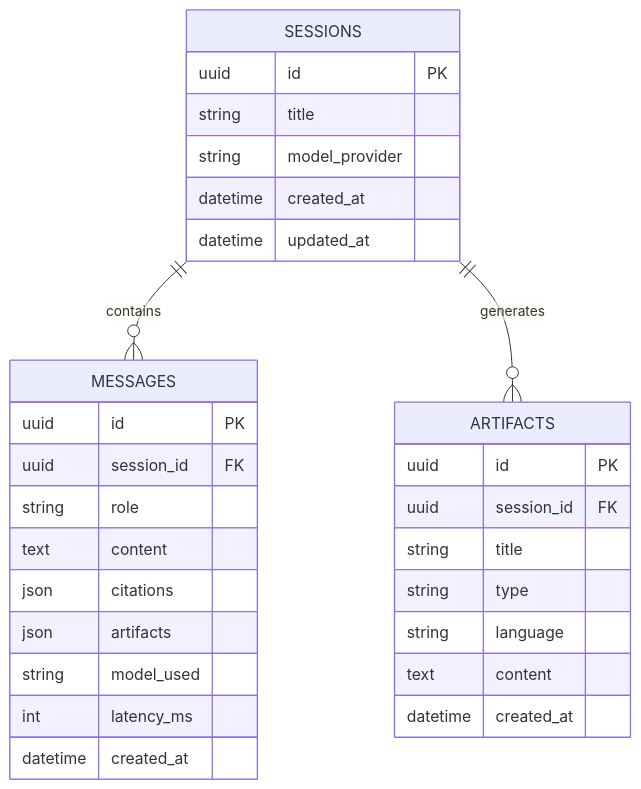
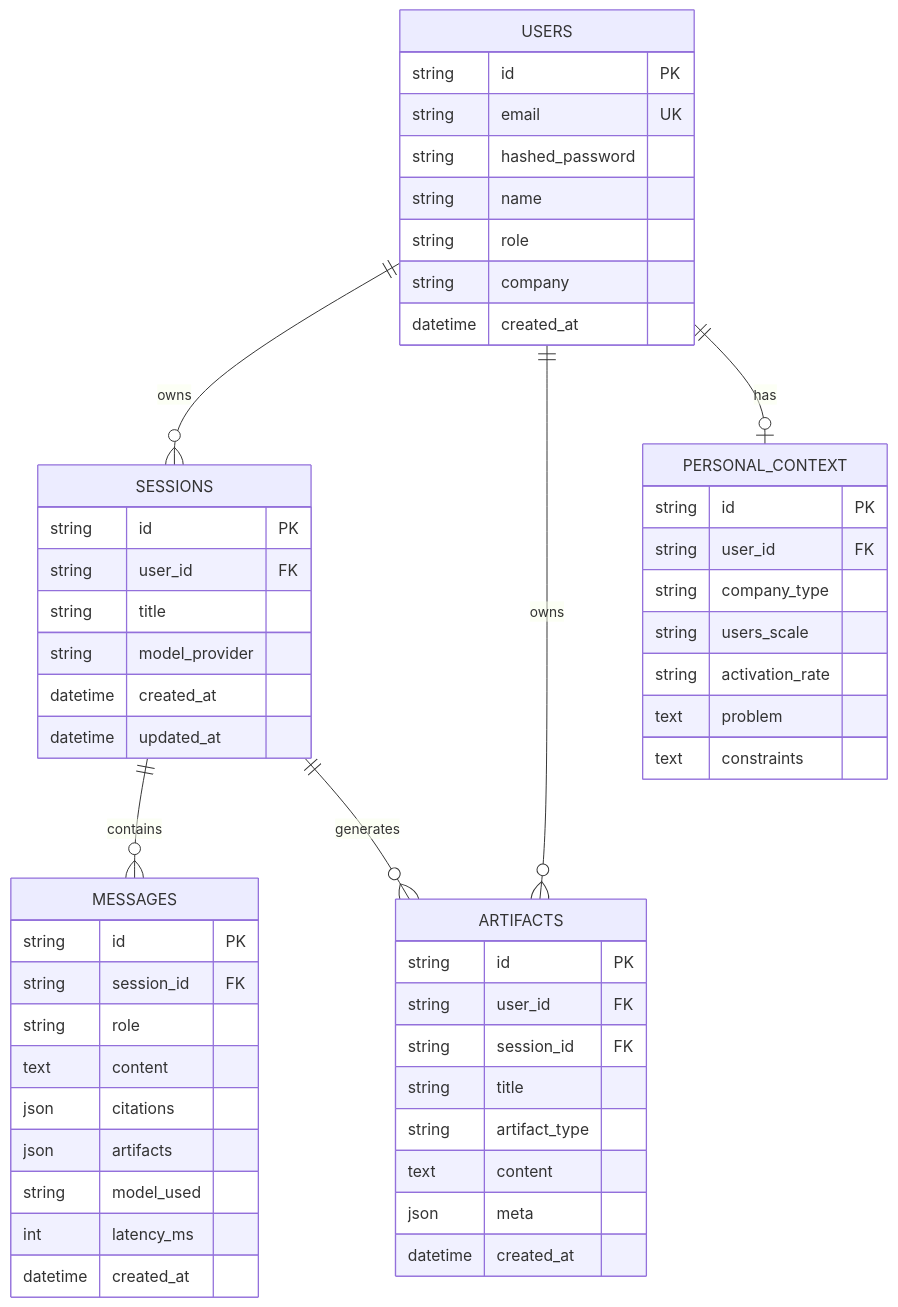
One commit to nikki-nooka/OOGWAY changed the second of 2 diagrams in architecture.md. Above: the diagram before and after it, drawn with Mermaid. The commit also changed other lines of this file and 1 other file, not shown here.

Commit message:
docs: enrich PRD.md and architecture.md with full discovery brief and security specs

````diff
--- a/architecture.md
+++ b/architecture.md
@@ -51,35 +52,60 @@
 ```mermaid
 erDiagram
+    USERS ||--o{ SESSIONS : "owns"
+    USERS ||--o{ ARTIFACTS : "owns"
+    USERS ||--o| PERSONAL_CONTEXT : "has"
     SESSIONS ||--o{ MESSAGES : "contains"
     SESSIONS ||--o{ ARTIFACTS : "generates"
     
+    USERS {
+        string id PK
+        string email UK
+        string hashed_password
+        string name
+        string role
+        string company
+        datetime created_at
+    }
+
     SESSIONS {
-        uuid id PK
+        string id PK
+        string user_id FK
         string title
         string model_provider
         datetime created_at
         datetime updated_at
     }
 
     MESSAGES {
-        uuid id PK
-        uuid session_id FK
+        string id PK
+        string session_id FK
         string role
         text content
         json citations
         json artifacts
         string model_used
         int latency_ms
         datetime created_at
     }
 
     ARTIFACTS {
-        uuid id PK
-        uuid session_id FK
+        string id PK
+        string user_id FK
+        string session_id FK
         string title
-        string type
-        string language
+        string artifact_type
         text content
+        json meta
         datetime created_at
     }
+
+    PERSONAL_CONTEXT {
+        string id PK
+        string user_id FK
+        string company_type
+        string users_scale
+        string activation_rate
+        text problem
+        text constraints
+    }
 ```
````
